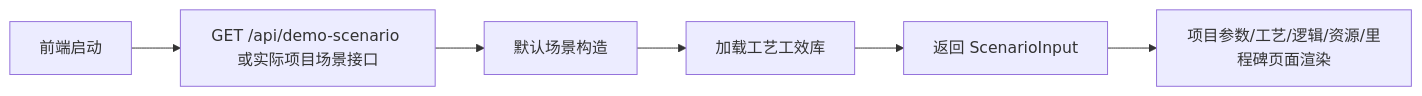
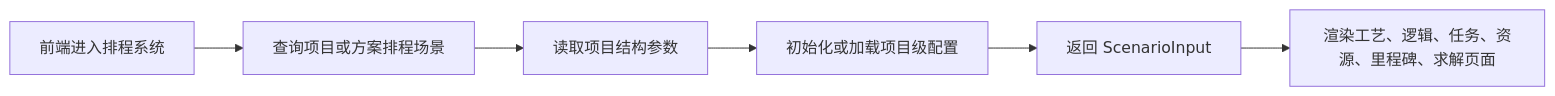
Before and after one commit to Lili-big/projectScheduling: the first of 9 diagrams in docs/project-scheduling-system-overview.md, drawn with Mermaid. The commit also changed other lines of this file and 4 other files, not shown here.

````diff
--- a/docs/project-scheduling-system-overview.md
+++ b/docs/project-scheduling-system-overview.md
@@ -168,8 +196,8 @@
 ```mermaid
 flowchart LR
-  A["前端启动"] --> B["GET /api/demo-scenario 或实际项目场景接口"]
-  B --> C["默认场景构造"]
-  C --> D["加载工艺工效库"]
+  A["前端进入排程系统"] --> B["查询项目或方案排程场景"]
+  B --> C["读取项目结构参数"]
+  C --> D["初始化或加载项目级配置"]
   D --> E["返回 ScenarioInput"]
-  E --> F["项目参数/工艺/逻辑/资源/里程碑页面渲染"]
+  E --> F["渲染工艺、逻辑、任务、资源、里程碑、求解页面"]
 ```
````
